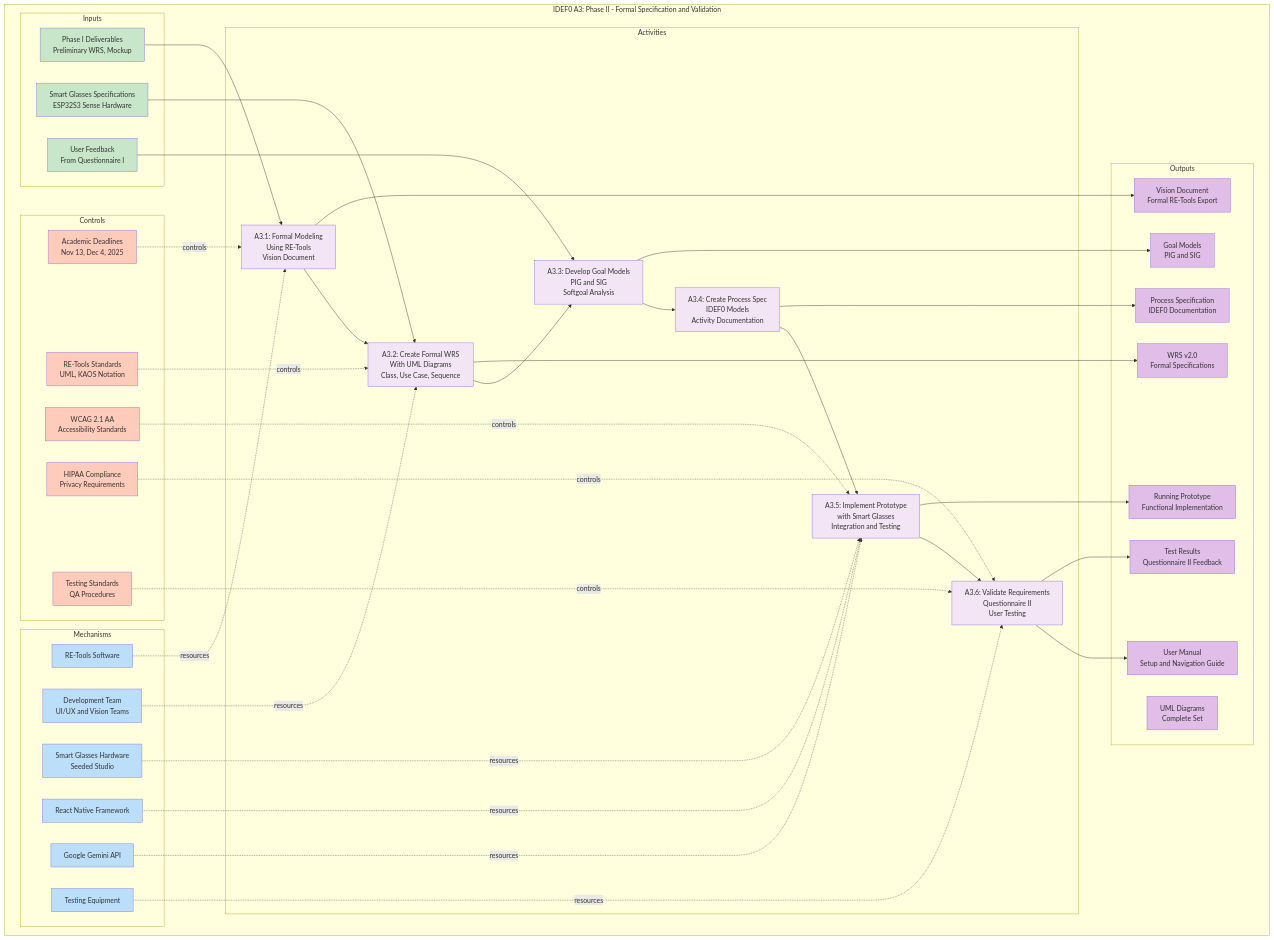
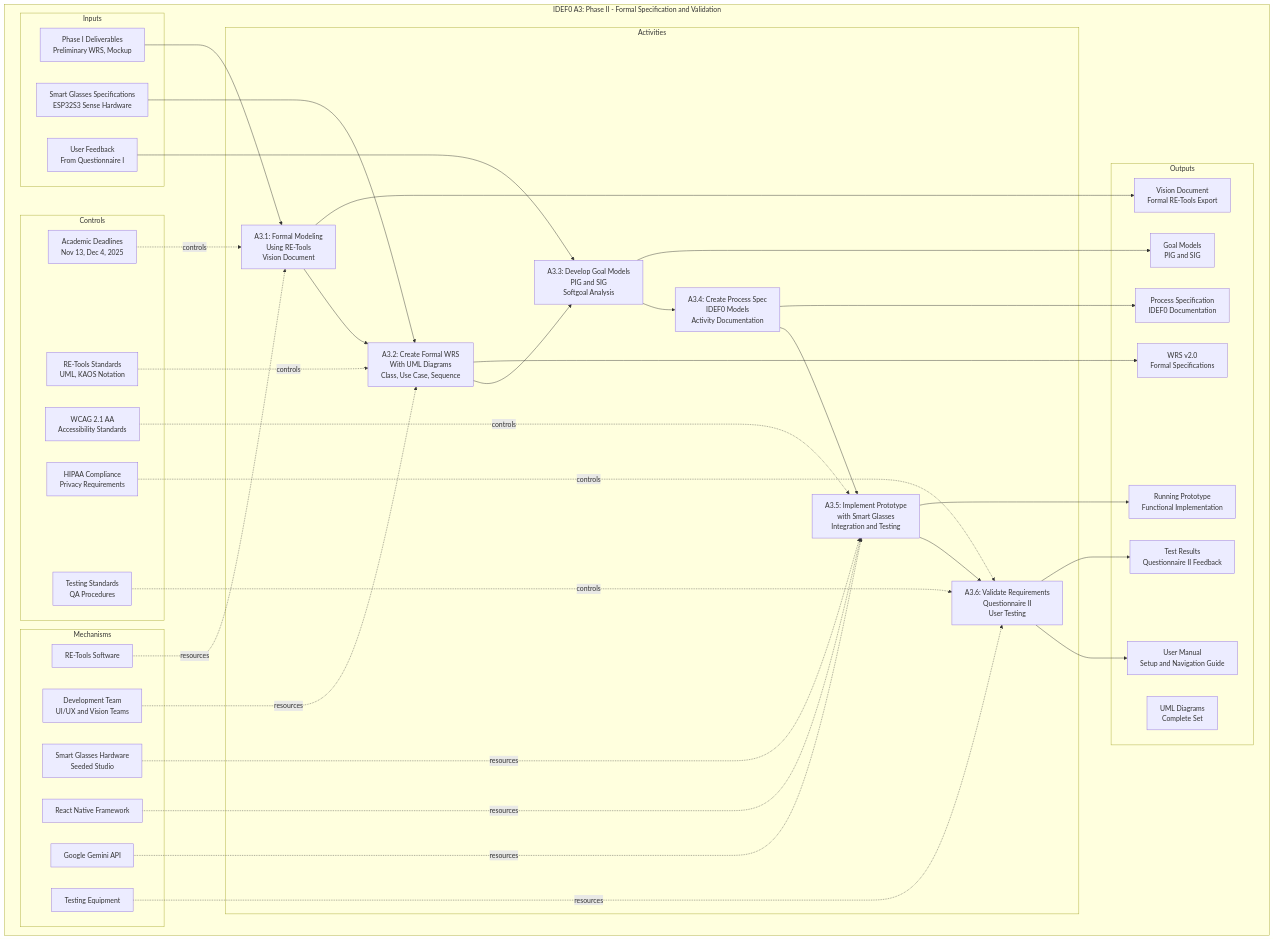
Before and after one commit to phamleduy04/se4351-mobile-f25: the fifth of 9 diagrams in docs/Project 2/Process Specification.md, drawn with Mermaid. The commit also changed other lines of this file, not shown here.

````diff
--- a/docs/Project 2/Process Specification.md
+++ b/docs/Project 2/Process Specification.md
@@ -370,38 +320,6 @@
         M4 -.resources.-> ACT5
         M5 -.resources.-> ACT5
         M6 -.resources.-> ACT6
-        
-        style I1 fill:#C8E6C9
-        style I2 fill:#C8E6C9
-        style I3 fill:#C8E6C9
-        
-        style ACT1 fill:#F3E5F5
-        style ACT2 fill:#F3E5F5
-        style ACT3 fill:#F3E5F5
-        style ACT4 fill:#F3E5F5
-        style ACT5 fill:#F3E5F5
-        style ACT6 fill:#F3E5F5
-        
-        style C1 fill:#FFCCBC
-        style C2 fill:#FFCCBC
-        style C3 fill:#FFCCBC
-        style C4 fill:#FFCCBC
-        style C5 fill:#FFCCBC
-        
-        style M1 fill:#BBDEFB
-        style M2 fill:#BBDEFB
-        style M3 fill:#BBDEFB
-        style M4 fill:#BBDEFB
-        style M5 fill:#BBDEFB
-        style M6 fill:#BBDEFB
-        
-        style O1 fill:#E1BEE7
-        style O2 fill:#E1BEE7
-        style O3 fill:#E1BEE7
-        style O4 fill:#E1BEE7
-        style O5 fill:#E1BEE7
-        style O6 fill:#E1BEE7
-        style O7 fill:#E1BEE7
-        style O8 fill:#E1BEE7
+      
     end
 ```
````
